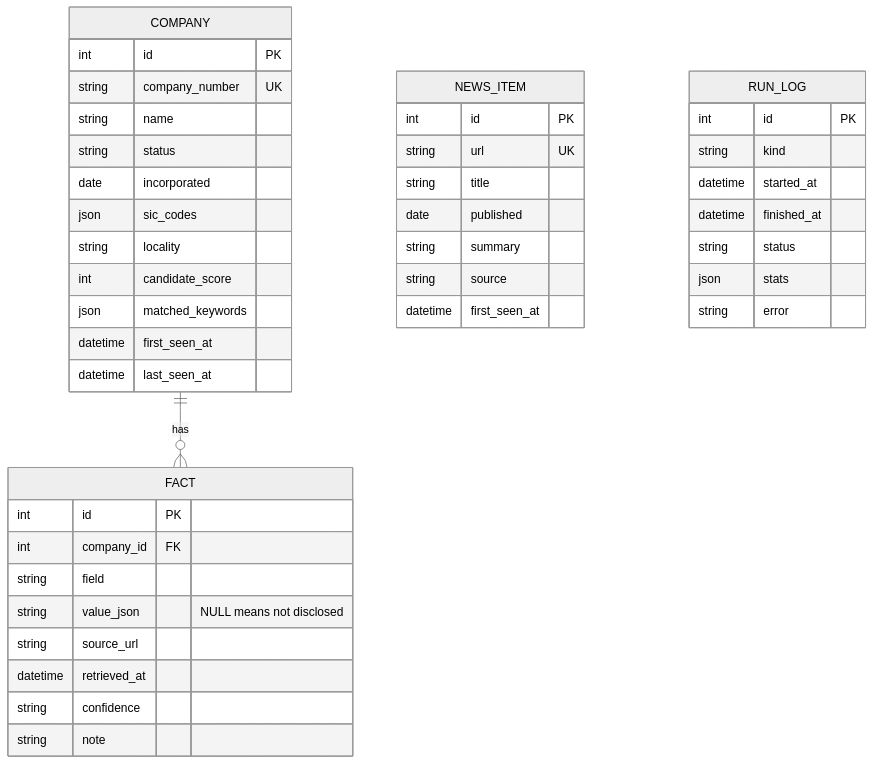
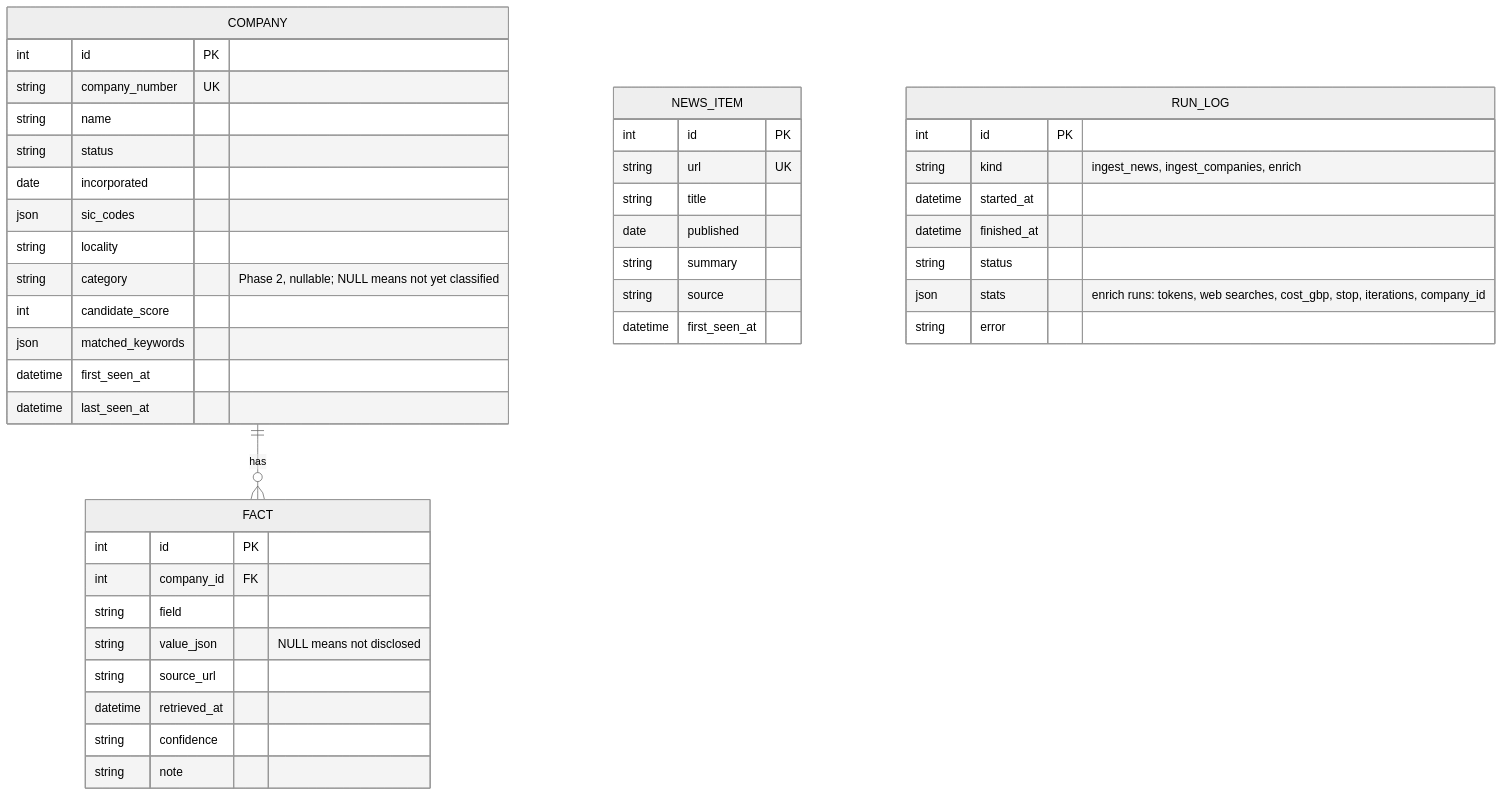
One commit to Farzaanee/sprout changed diagram 11 of 12 in docs/architecture.md. Above: the diagram before and after it, drawn with Mermaid (neutral theme). The commit also changed other lines of this file and 17 other files, not shown here.

Commit message:
add phase 2: first agent - single company enrichment

````diff
--- a/docs/architecture.md
+++ b/docs/architecture.md
@@ -465,45 +563,46 @@
 ```mermaid
 erDiagram
     COMPANY ||--o{ FACT : has
     COMPANY {
         int id PK
         string company_number UK
         string name
         string status
         date incorporated
         json sic_codes
         string locality
+        string category "Phase 2, nullable; NULL means not yet classified"
         int candidate_score
         json matched_keywords
         datetime first_seen_at
         datetime last_seen_at
     }
     FACT {
         int id PK
         int company_id FK
         string field
         string value_json "NULL means not disclosed"
         string source_url
         datetime retrieved_at
         string confidence
         string note
     }
     NEWS_ITEM {
         int id PK
         string url UK
         string title
         date published
         string summary
         string source
         datetime first_seen_at
     }
     RUN_LOG {
         int id PK
-        string kind
+        string kind "ingest_news, ingest_companies, enrich"
         datetime started_at
         datetime finished_at
         string status
-        json stats
+        json stats "enrich runs: tokens, web searches, cost_gbp, stop, iterations, company_id"
         string error
     }
 ```
````
